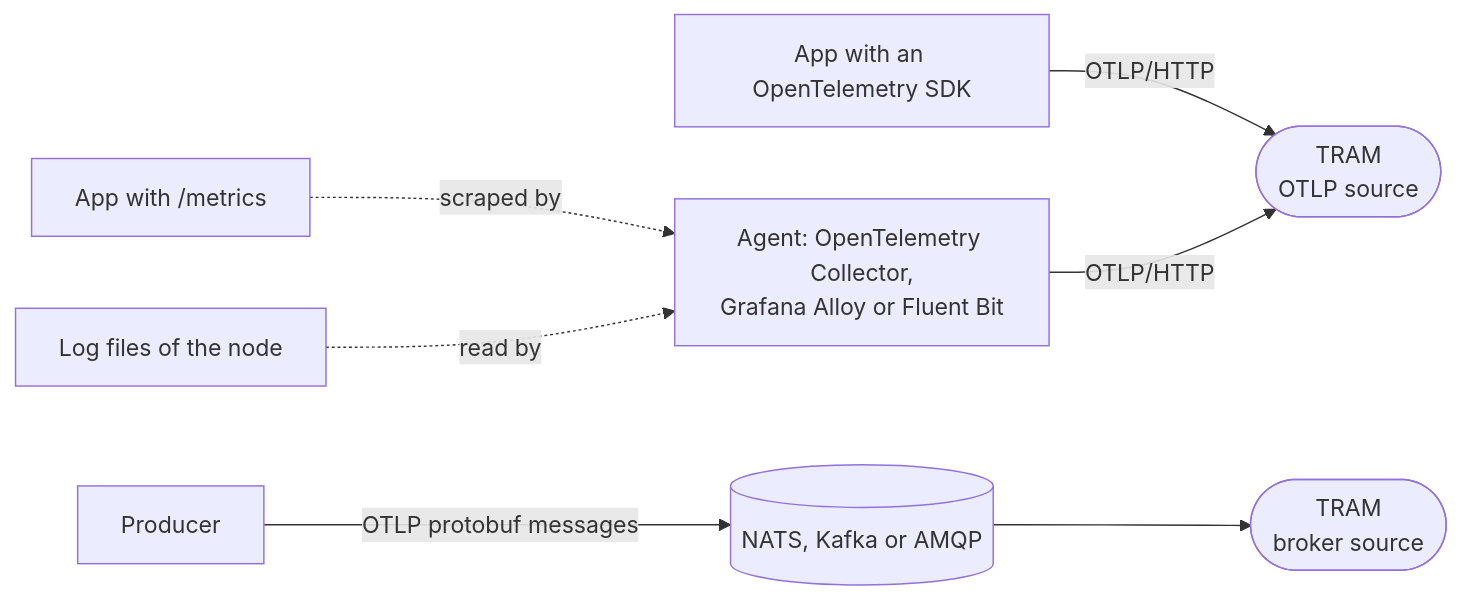
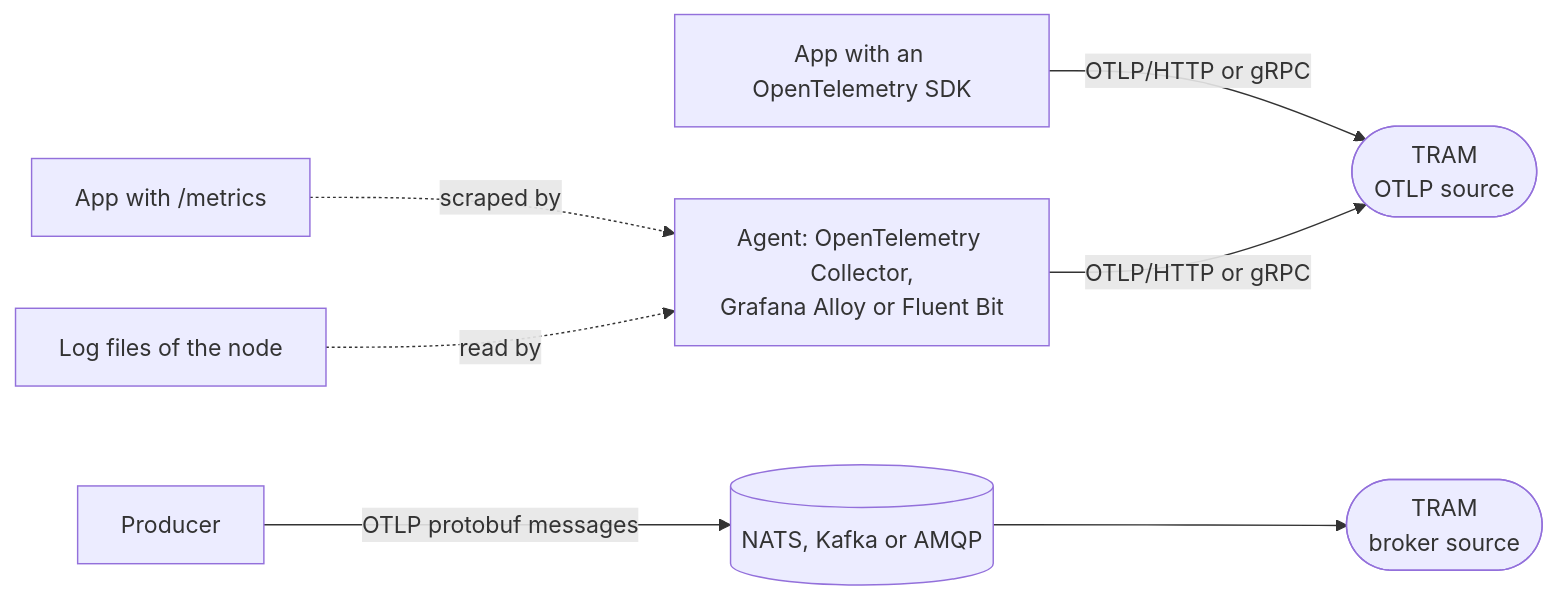
Before and after one commit to go-tram/tram: the sixth of 6 diagrams in README.md, drawn with Mermaid. The commit also changed other lines of this file and 13 other files, not shown here.

First line of the commit message:
feat(source): receive OTLP over gRPC (#28)

````diff
--- a/README.md
+++ b/README.md
@@ -490,9 +490,9 @@
 ```mermaid
 flowchart LR
-    sdk["App with an OpenTelemetry SDK"] -- OTLP/HTTP --> tram(["TRAM<br/>OTLP source"])
+    sdk["App with an OpenTelemetry SDK"] -- "OTLP/HTTP or gRPC" --> tram(["TRAM<br/>OTLP source"])
     scrape["App with /metrics"] -. scraped by .-> agent["Agent: OpenTelemetry Collector,<br/>Grafana Alloy or Fluent Bit"]
     files["Log files of the node"] -. read by .-> agent
-    agent -- OTLP/HTTP --> tram
+    agent -- "OTLP/HTTP or gRPC" --> tram
     producer["Producer"] -- "OTLP protobuf messages" --> broker[("NATS, Kafka or AMQP")]
     broker --> tram2(["TRAM<br/>broker source"])
 ```
````
